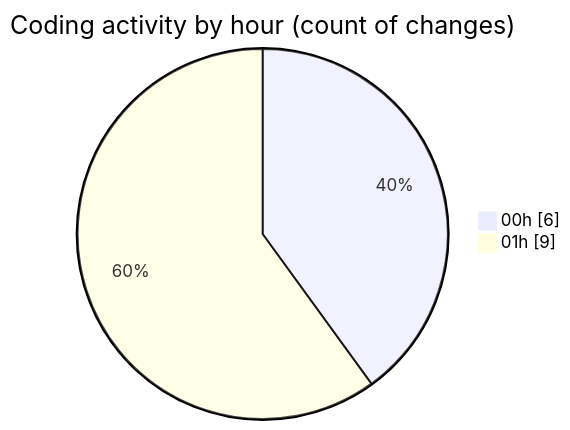
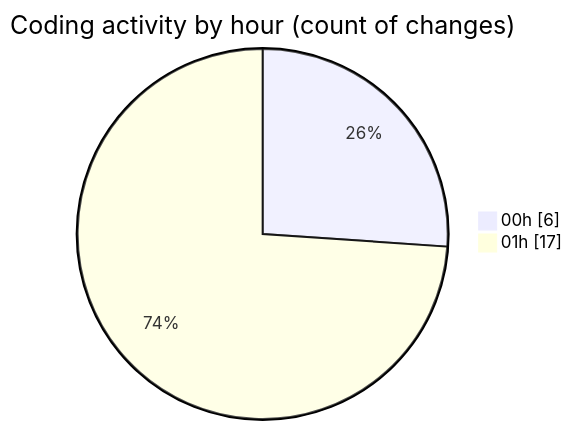
One commit to EIIisD/code-tracking changed the second of 2 diagrams in 2025-07-28/refunds/README.md. Above: the diagram before and after it, drawn with Mermaid. The commit also changed other lines of this file and 1 other file, not shown here.

````diff
--- a/2025-07-28/refunds/README.md
+++ b/2025-07-28/refunds/README.md
@@ -29,6 +31,6 @@
 ```mermaid
 pie showData
 title Coding activity by hour (count of changes)
 "00h" : 6
-"01h" : 9
+"01h" : 17
 ```
````
